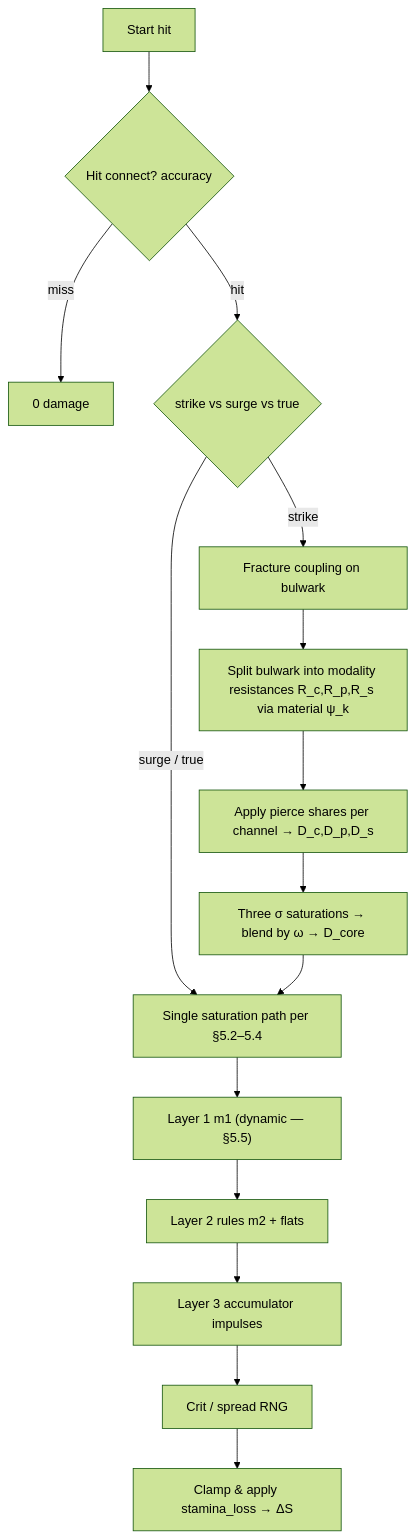
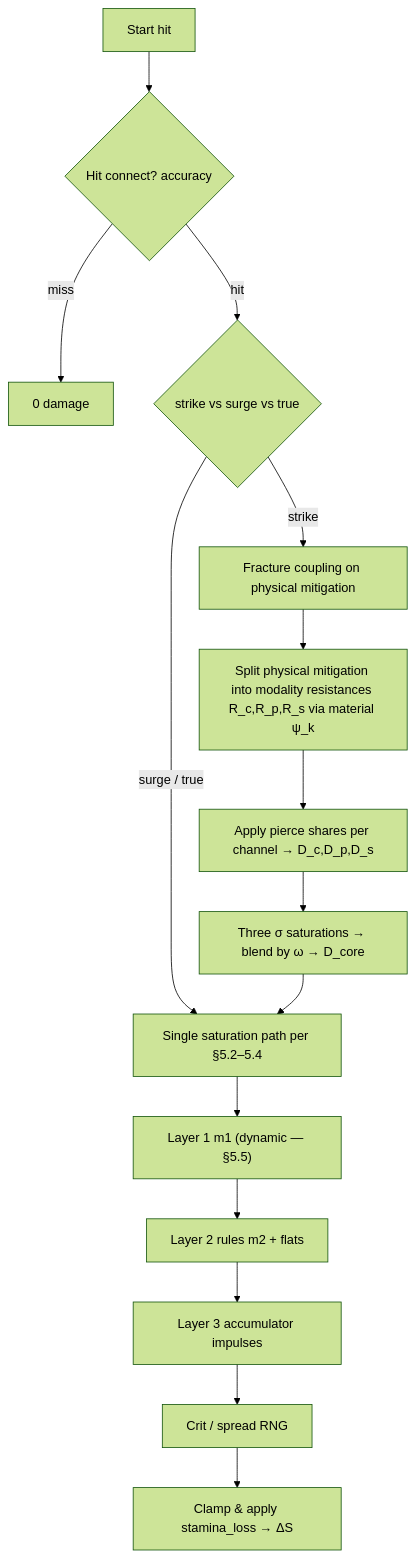
One commit to GTOVD/wildloom changed the diagram in docs/COMBAT-MODEL.md. Above: the diagram before and after it, drawn with Mermaid (forest theme). The commit also changed other lines of this file and 10 other files, not shown here.

First line of the commit message:
refactor(stats): rename combat stats to scientific schema ids

````diff
--- a/docs/COMBAT-MODEL.md
+++ b/docs/COMBAT-MODEL.md
@@ -119,17 +119,17 @@
 ```mermaid
 flowchart TD
   A[Start hit] --> B{Hit connect? accuracy}
   B -->|miss| Z[0 damage]
   B -->|hit| C{strike vs surge vs true}
   C -->|surge / true| D[Single saturation path per §5.2–5.4]
-  C -->|strike| E[Fracture coupling on bulwark]
-  E --> F[Split bulwark into modality resistances R_c,R_p,R_s via material ψ_k]
+  C -->|strike| E[Fracture coupling on physical mitigation]
+  E --> F[Split physical mitigation into modality resistances R_c,R_p,R_s via material ψ_k]
   F --> G[Apply pierce shares per channel → D_c,D_p,D_s]
   G --> H[Three σ saturations → blend by ω → D_core]
   H --> D
   D --> I["Layer 1 m1 (dynamic — §5.5)"]
   I --> J[Layer 2 rules m2 + flats]
   J --> K[Layer 3 accumulator impulses]
   K --> L[Crit / spread RNG]
   L --> M[Clamp & apply stamina_loss → ΔS]
 ```
````
